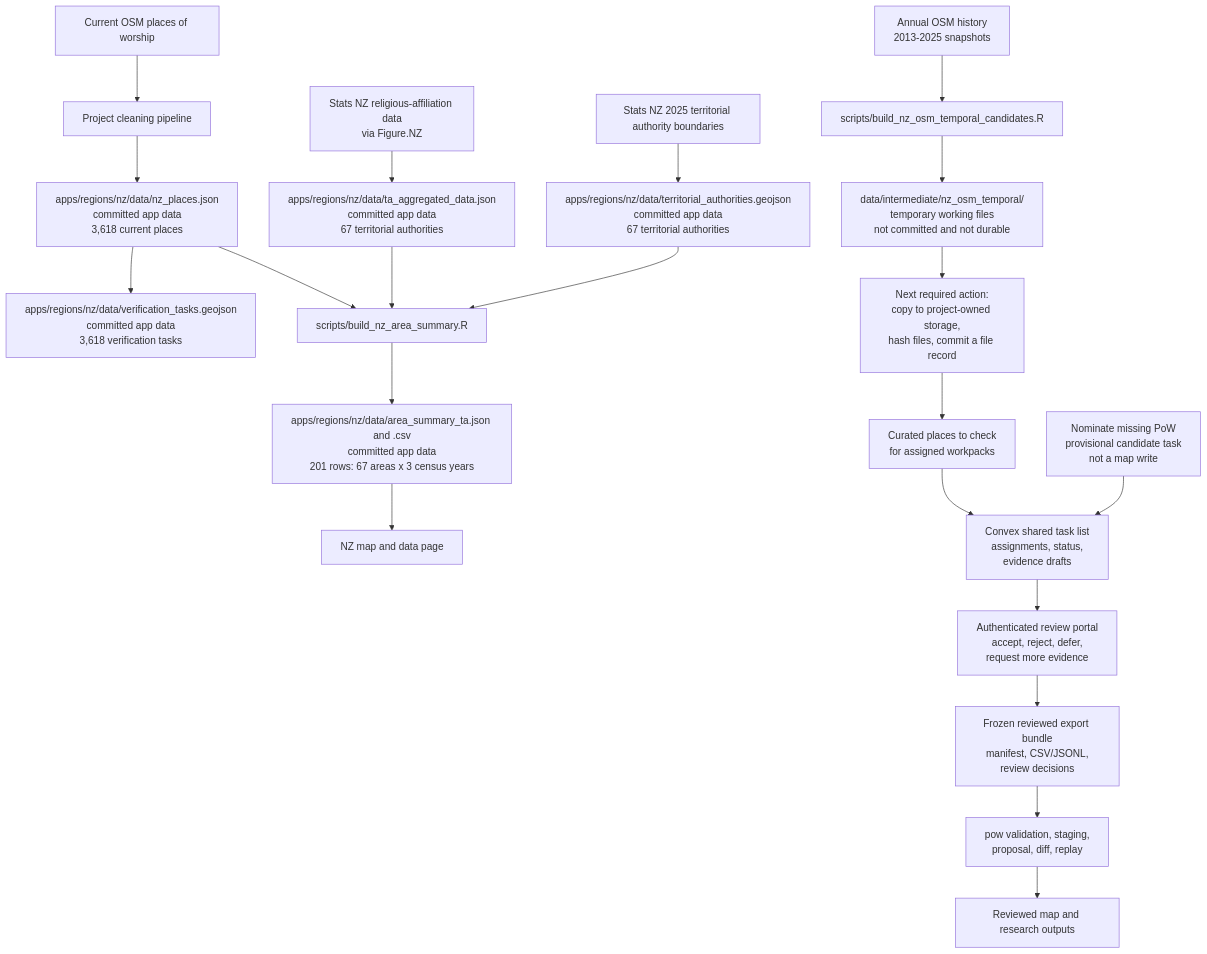
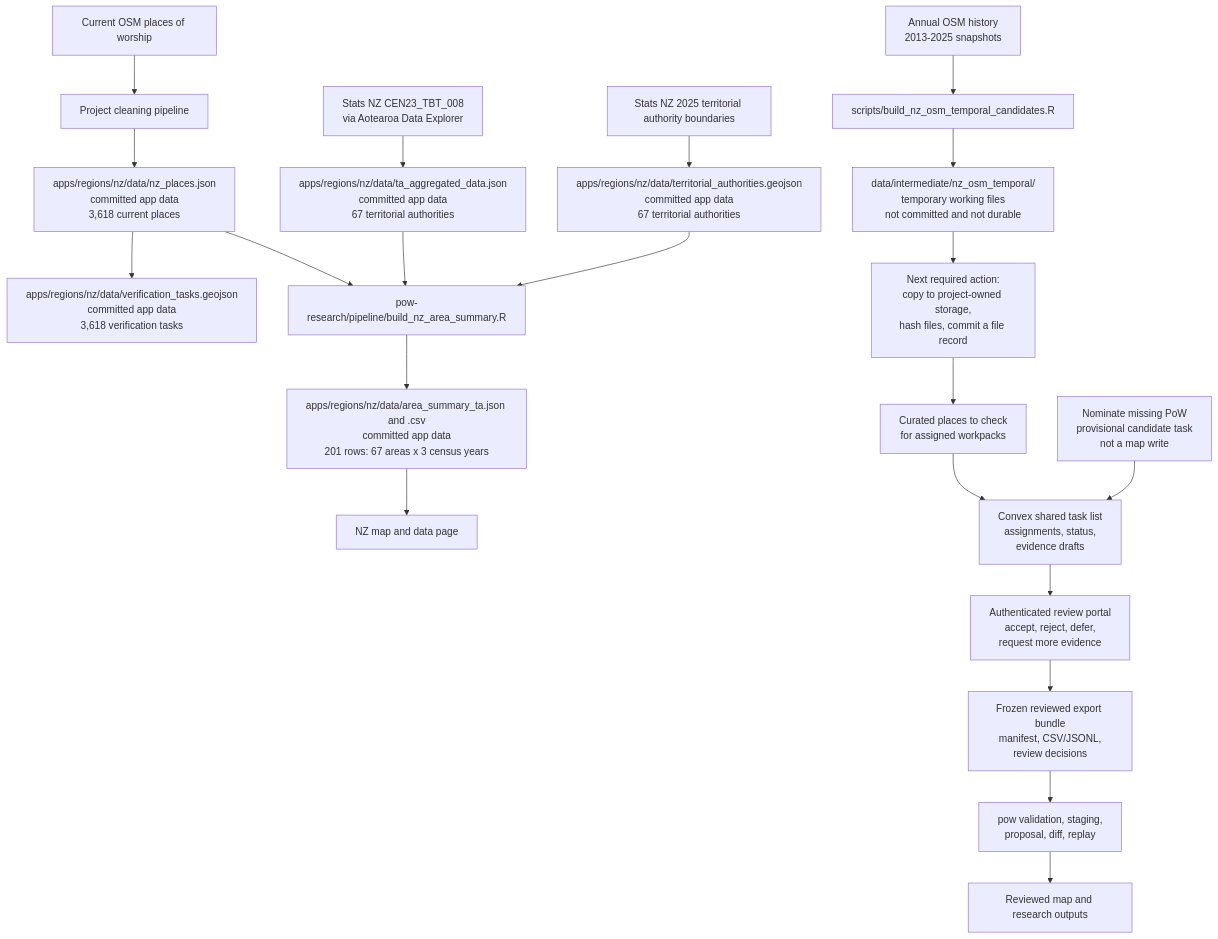
Before and after one commit to go-bayes/places-of-worship: the first of 3 diagrams in docs/data-storage-pipeline.md, drawn with Mermaid. The commit also changed other lines of this file and 11 other files, not shown here.

First line of the commit message:
rebase nz ta religion data on the official stats nz source

````diff
--- a/docs/data-storage-pipeline.md
+++ b/docs/data-storage-pipeline.md
@@ -38,25 +38,25 @@
 ```mermaid
 flowchart TD
   OSM1["Current OSM places of worship"] --> Clean1["Project cleaning pipeline"]
   Clean1 --> NZPlaces["apps/regions/nz/data/nz_places.json<br/>committed app data<br/>3,618 current places"]
   NZPlaces --> Tasks["apps/regions/nz/data/verification_tasks.geojson<br/>committed app data<br/>3,618 verification tasks"]
-  NZPlaces --> Area["scripts/build_nz_area_summary.R"]
+  NZPlaces --> Area["pow-research/pipeline/build_nz_area_summary.R"]
 
-  Stats1["Stats NZ religious-affiliation data<br/>via Figure.NZ"] --> TAReligion["apps/regions/nz/data/ta_aggregated_data.json<br/>committed app data<br/>67 territorial authorities"]
+  Stats1["Stats NZ CEN23_TBT_008<br/>via Aotearoa Data Explorer"] --> TAReligion["apps/regions/nz/data/ta_aggregated_data.json<br/>committed app data<br/>67 territorial authorities"]
   Boundaries["Stats NZ 2025 territorial authority boundaries"] --> TABounds["apps/regions/nz/data/territorial_authorities.geojson<br/>committed app data<br/>67 territorial authorities"]
   TAReligion --> Area
   TABounds --> Area
   Area --> AreaOut["apps/regions/nz/data/area_summary_ta.json and .csv<br/>committed app data<br/>201 rows: 67 areas x 3 census years"]
   AreaOut --> NZMap["NZ map and data page"]
 
   OSM2["Annual OSM history<br/>2013-2025 snapshots"] --> Temporal["scripts/build_nz_osm_temporal_candidates.R"]
   Temporal --> TempFiles["data/intermediate/nz_osm_temporal/<br/>temporary working files<br/>not committed and not durable"]
   TempFiles --> Promote["Next required action:<br/>copy to project-owned storage,<br/>hash files, commit a file record"]
   Promote --> Workpacks["Curated places to check<br/>for assigned workpacks"]
   Workpacks --> Convex["Convex shared task list<br/>assignments, status,<br/>evidence drafts"]
   Nominate["Nominate missing PoW<br/>provisional candidate task<br/>not a map write"] --> Convex
   Convex --> Review["Authenticated review portal<br/>accept, reject, defer,<br/>request more evidence"]
   Review --> Bundle["Frozen reviewed export bundle<br/>manifest, CSV/JSONL,<br/>review decisions"]
   Bundle --> Pow["pow validation, staging,<br/>proposal, diff, replay"]
   Pow --> Outputs["Reviewed map and research outputs"]
 ```
````
